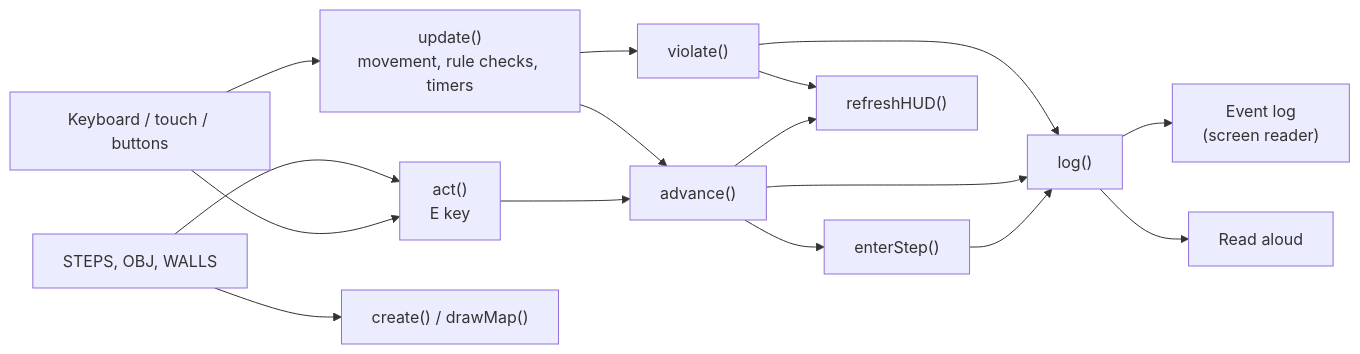
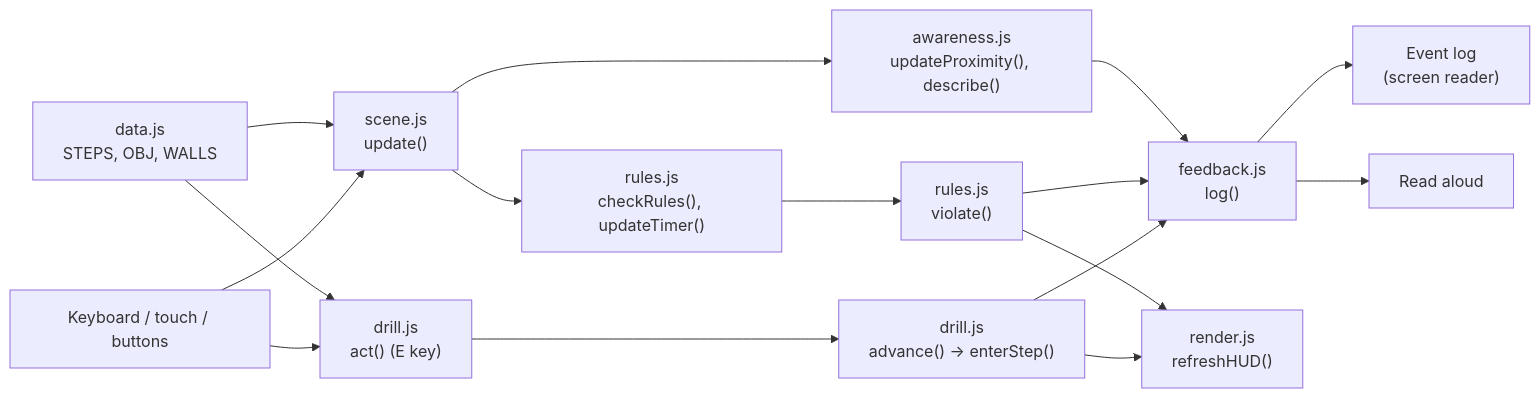
One commit to Raaaandy/Lab-safety-simulation changed the diagram in README.md. Above: the diagram before and after it, drawn with Mermaid. The commit also changed other lines of this file and 12 other files, not shown here.

````diff
--- a/README.md
+++ b/README.md
@@ -160,18 +133,18 @@
 ```mermaid
 flowchart LR
-    Keys["Keyboard / touch / buttons"] --> Update["update()<br/>movement, rule checks, timers"]
-    Keys --> Act["act()<br/>E key"]
-    Data["STEPS, OBJ, WALLS"] --> Create["create() / drawMap()"]
+    Keys["Keyboard / touch / buttons"] --> Scene["scene.js<br/>update()"]
+    Keys --> Act["drill.js<br/>act() (E key)"]
+    Data["data.js<br/>STEPS, OBJ, WALLS"] --> Scene
     Data --> Act
-    Act --> Advance["advance()"]
-    Update --> Violate["violate()"]
-    Update --> Advance
-    Advance --> Enter["enterStep()"]
-    Enter --> Log["log()"]
-    Advance --> Log
+    Scene --> Rules["rules.js<br/>checkRules(), updateTimer()"]
+    Scene --> Aware["awareness.js<br/>updateProximity(), describe()"]
+    Act --> Advance["drill.js<br/>advance() → enterStep()"]
+    Rules --> Violate["rules.js<br/>violate()"]
+    Advance --> Log["feedback.js<br/>log()"]
     Violate --> Log
+    Aware --> Log
     Log --> SR["Event log<br/>(screen reader)"]
     Log --> Speech["Read aloud"]
-    Advance --> HUD["refreshHUD()"]
+    Advance --> HUD["render.js<br/>refreshHUD()"]
     Violate --> HUD
 ```
````
